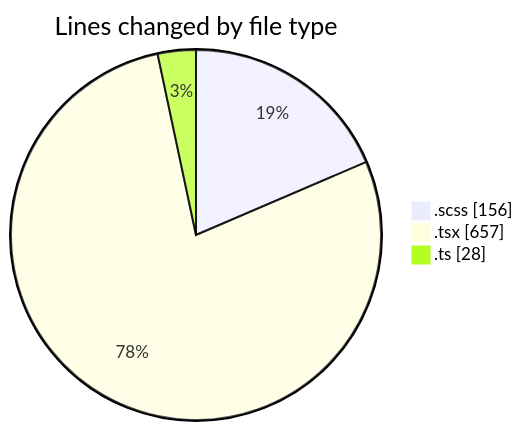
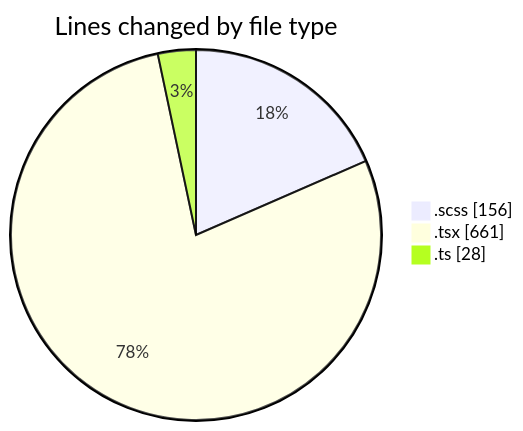
Before and after one commit to momahboobian/code-tracking: the first of 2 diagrams in 2025-02-10/cda/README.md, drawn with Mermaid. The commit also changed other lines of this file and 1 other file, not shown here.

````diff
--- a/2025-02-10/cda/README.md
+++ b/2025-02-10/cda/README.md
@@ -25,7 +25,7 @@
 ```mermaid
 pie showData
 title Lines changed by file type
 ".scss" : 156
-".tsx" : 657
+".tsx" : 661
 ".ts" : 28
 ```
````
